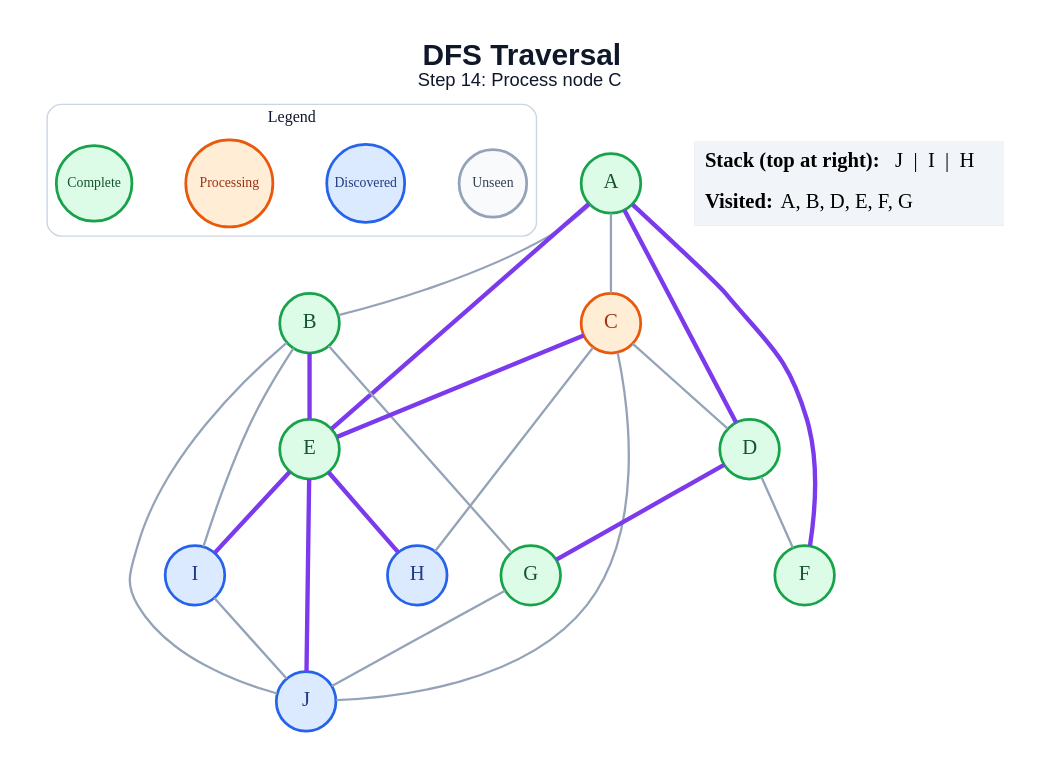
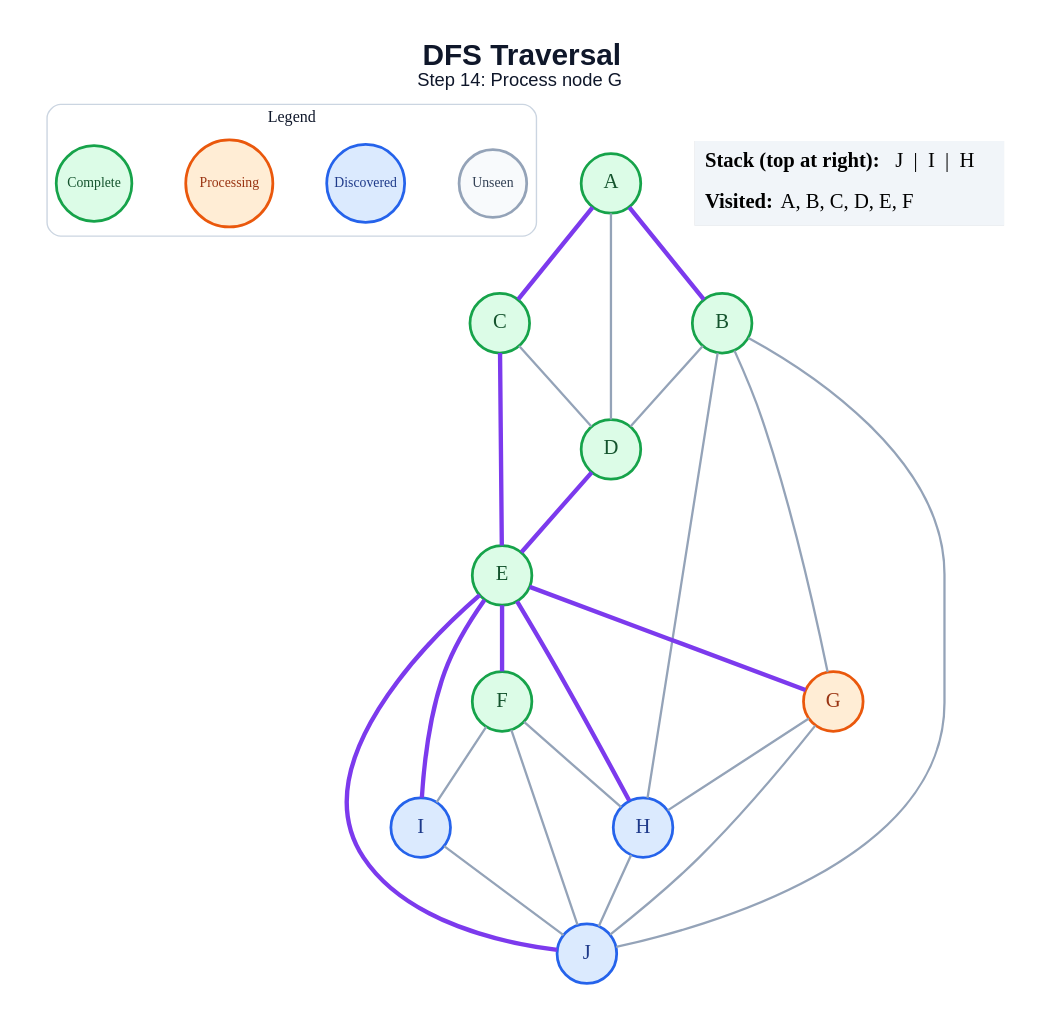
The diagram in generated/specific-node/dfs/step_14.dot (amanghodawala9/ai-slop), drawn with Graphviz before and after one commit. The commit also changed 178 other files, not shown here.

```diff
--- a/generated/specific-node/dfs/step_14.dot
+++ b/generated/specific-node/dfs/step_14.dot
@@ -1,49 +1,51 @@
 graph traversal {
   graph [layout=dot, rankdir=TB, bgcolor="#FFFFFF", pad="0.35", nodesep="0.65", ranksep="0.8", fontname="Arial"];
   node [shape=circle, style="filled", fontname="Arial Bold", fontsize=18, width=0.72, fixedsize=true, penwidth=2.4];
   edge [color="#94A3B8", penwidth=2.0];
-  label=<<B>DFS Traversal</B><BR/><FONT POINT-SIZE="16">Step 14: Process node C</FONT>>; labelloc="t"; fontsize=26; fontname="Arial"; fontcolor="#0F172A";
+  label=<<B>DFS Traversal</B><BR/><FONT POINT-SIZE="16">Step 14: Process node G</FONT>>; labelloc="t"; fontsize=26; fontname="Arial"; fontcolor="#0F172A";
   subgraph cluster_legend { label="Legend"; color="#CBD5E1"; penwidth=1.2; style="rounded"; fontsize=14; fontname="Arial Bold";
     key_unseen [label="Unseen", fillcolor="#F8FAFC", color="#94A3B8", fontcolor="#334155", fontsize=12, width=0.82];
     key_frontier [label="Discovered", fillcolor="#DBEAFE", color="#2563EB", fontcolor="#1E3A8A", fontsize=12, width=0.95];
     key_current [label="Processing", fillcolor="#FFEDD5", color="#EA580C", fontcolor="#9A3412", fontsize=12, width=1.05];
     key_done [label="Complete", fillcolor="#DCFCE7", color="#16A34A", fontcolor="#14532D", fontsize=12, width=0.92];
     { rank=same; key_unseen; key_frontier; key_current; key_done; }
   }
   A [fillcolor="#DCFCE7", color="#16A34A", fontcolor="#14532D"];
   B [fillcolor="#DCFCE7", color="#16A34A", fontcolor="#14532D"];
-  C [fillcolor="#FFEDD5", color="#EA580C", fontcolor="#9A3412"];
+  C [fillcolor="#DCFCE7", color="#16A34A", fontcolor="#14532D"];
   D [fillcolor="#DCFCE7", color="#16A34A", fontcolor="#14532D"];
   E [fillcolor="#DCFCE7", color="#16A34A", fontcolor="#14532D"];
   F [fillcolor="#DCFCE7", color="#16A34A", fontcolor="#14532D"];
-  G [fillcolor="#DCFCE7", color="#16A34A", fontcolor="#14532D"];
+  G [fillcolor="#FFEDD5", color="#EA580C", fontcolor="#9A3412"];
   H [fillcolor="#DBEAFE", color="#2563EB", fontcolor="#1E3A8A"];
   I [fillcolor="#DBEAFE", color="#2563EB", fontcolor="#1E3A8A"];
   J [fillcolor="#DBEAFE", color="#2563EB", fontcolor="#1E3A8A"];
-  A -- B;
-  A -- C;
-  A -- D [color="#7C3AED", penwidth=3.8];
-  A -- E [color="#7C3AED", penwidth=3.8];
-  A -- F [color="#7C3AED", penwidth=3.8];
-  B -- E [color="#7C3AED", penwidth=3.8];
+  A -- B [color="#7C3AED", penwidth=3.8];
+  A -- C [color="#7C3AED", penwidth=3.8];
+  A -- D;
+  B -- D;
   B -- G;
-  B -- I;
+  B -- H;
   B -- J;
   C -- D;
   C -- E [color="#7C3AED", penwidth=3.8];
-  C -- H;
-  C -- J;
-  D -- F;
-  D -- G [color="#7C3AED", penwidth=3.8];
+  D -- E [color="#7C3AED", penwidth=3.8];
+  E -- F [color="#7C3AED", penwidth=3.8];
+  E -- G [color="#7C3AED", penwidth=3.8];
   E -- H [color="#7C3AED", penwidth=3.8];
   E -- I [color="#7C3AED", penwidth=3.8];
   E -- J [color="#7C3AED", penwidth=3.8];
+  F -- H;
+  F -- I;
+  F -- J;
+  G -- H;
   G -- J;
+  H -- J;
   I -- J;
   status [shape=plain, fixedsize=false, width=0, height=0, margin=0, label=<
     <TABLE BORDER="0" CELLBORDER="0" CELLPADDING="7" BGCOLOR="#F1F5F9">
       <TR><TD ALIGN="LEFT"><B>Stack (top at right):</B> J  |  I  |  H</TD></TR>
-      <TR><TD ALIGN="LEFT"><B>Visited:</B> A, B, D, E, F, G</TD></TR>
+      <TR><TD ALIGN="LEFT"><B>Visited:</B> A, B, C, D, E, F</TD></TR>
     </TABLE>
   >];
 }
```
